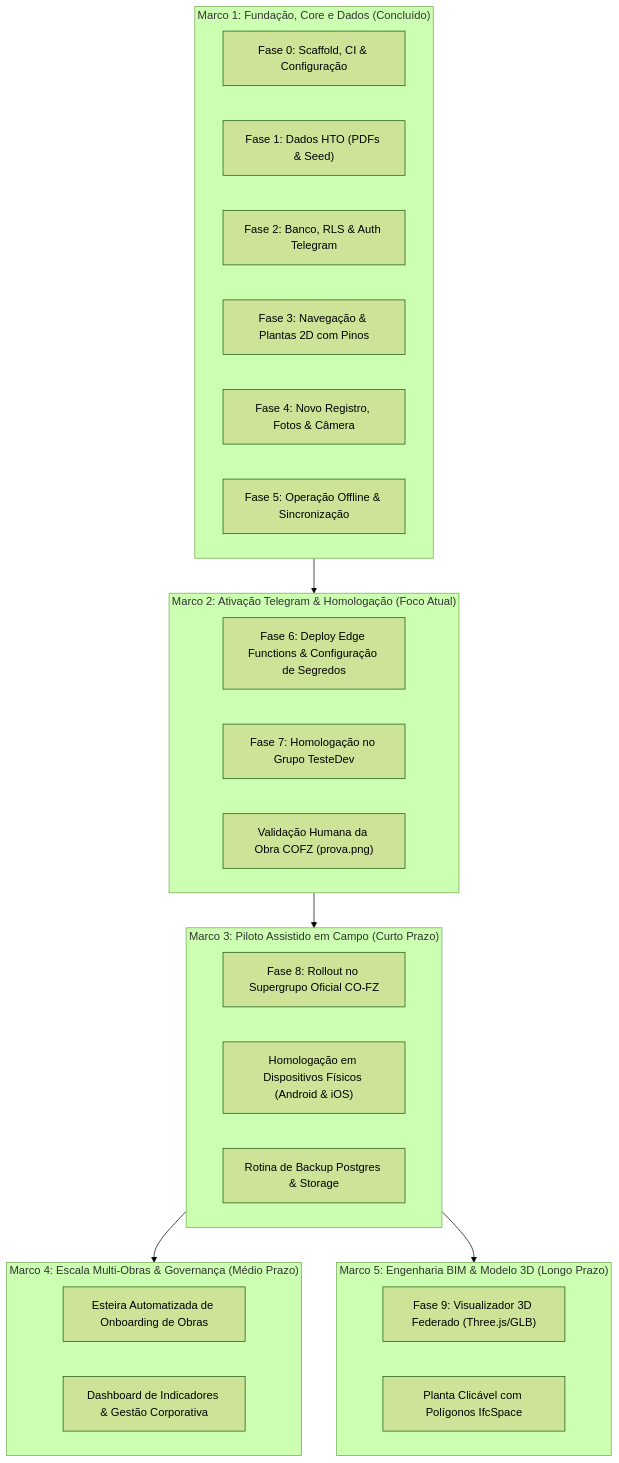
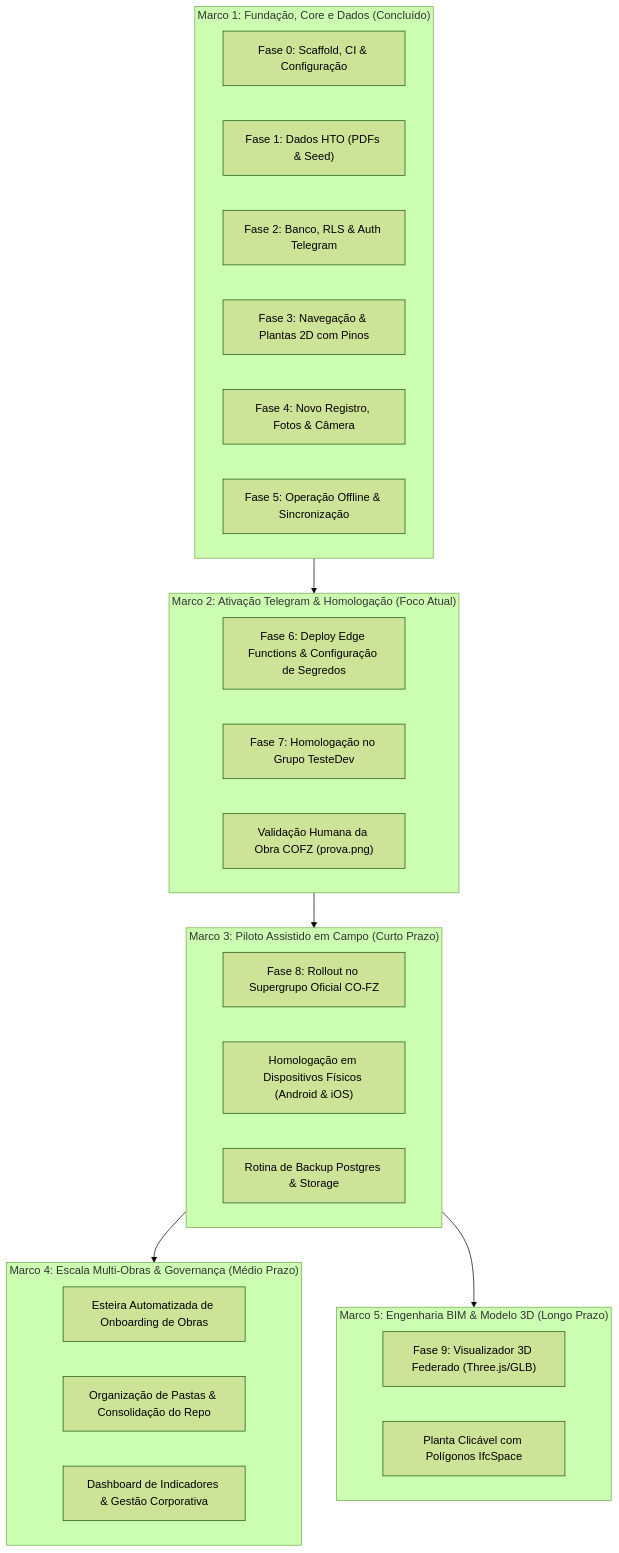
One commit to PFAN1234/MINIAPPCOFZ changed the second of 2 diagrams in docs/ROADMAP.md. Above: the diagram before and after it, drawn with Mermaid (forest theme). The commit also changed other lines of this file and 2 other files, not shown here.

Commit message:
refactor: add repository folder organization plan and update roadmap and tasks

````diff
--- a/docs/ROADMAP.md
+++ b/docs/ROADMAP.md
@@ -64,38 +65,39 @@
 ```mermaid
 flowchart TD
     subgraph M1["Marco 1: Fundação, Core e Dados (Concluído)"]
         F0["Fase 0: Scaffold, CI & Configuração"]
         F1["Fase 1: Dados HTO (PDFs & Seed)"]
         F2["Fase 2: Banco, RLS & Auth Telegram"]
         F3["Fase 3: Navegação & Plantas 2D com Pinos"]
         F4["Fase 4: Novo Registro, Fotos & Câmera"]
         F5["Fase 5: Operação Offline & Sincronização"]
     end
 
     subgraph M2["Marco 2: Ativação Telegram & Homologação (Foco Atual)"]
         F6["Fase 6: Deploy Edge Functions & Configuração de Segredos"]
         F7["Fase 7: Homologação no Grupo TesteDev"]
         COFZ["Validação Humana da Obra COFZ (prova.png)"]
     end
 
     subgraph M3["Marco 3: Piloto Assistido em Campo (Curto Prazo)"]
         F8["Fase 8: Rollout no Supergrupo Oficial CO-FZ"]
         HOM["Homologação em Dispositivos Físicos (Android & iOS)"]
         BKP["Rotina de Backup Postgres & Storage"]
     end
 
     subgraph M4["Marco 4: Escala Multi-Obras & Governança (Médio Prazo)"]
         AUTO["Esteira Automatizada de Onboarding de Obras"]
+        ORG["Organização de Pastas & Consolidação do Repo"]
         DASH["Dashboard de Indicadores & Gestão Corporativa"]
     end
 
     subgraph M5["Marco 5: Engenharia BIM & Modelo 3D (Longo Prazo)"]
         F9["Fase 9: Visualizador 3D Federado (Three.js/GLB)"]
         VET["Planta Clicável com Polígonos IfcSpace"]
     end
 
     M1 --> M2
     M2 --> M3
     M3 --> M4
     M3 --> M5
 ```
````
